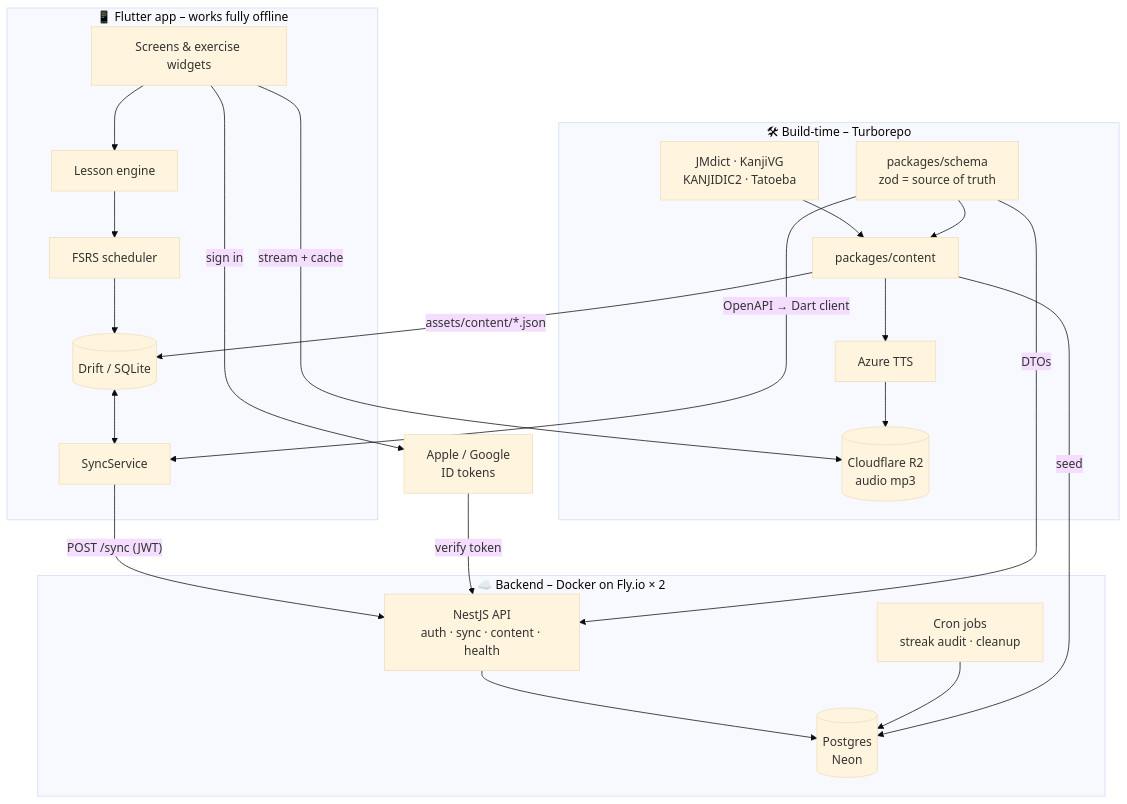
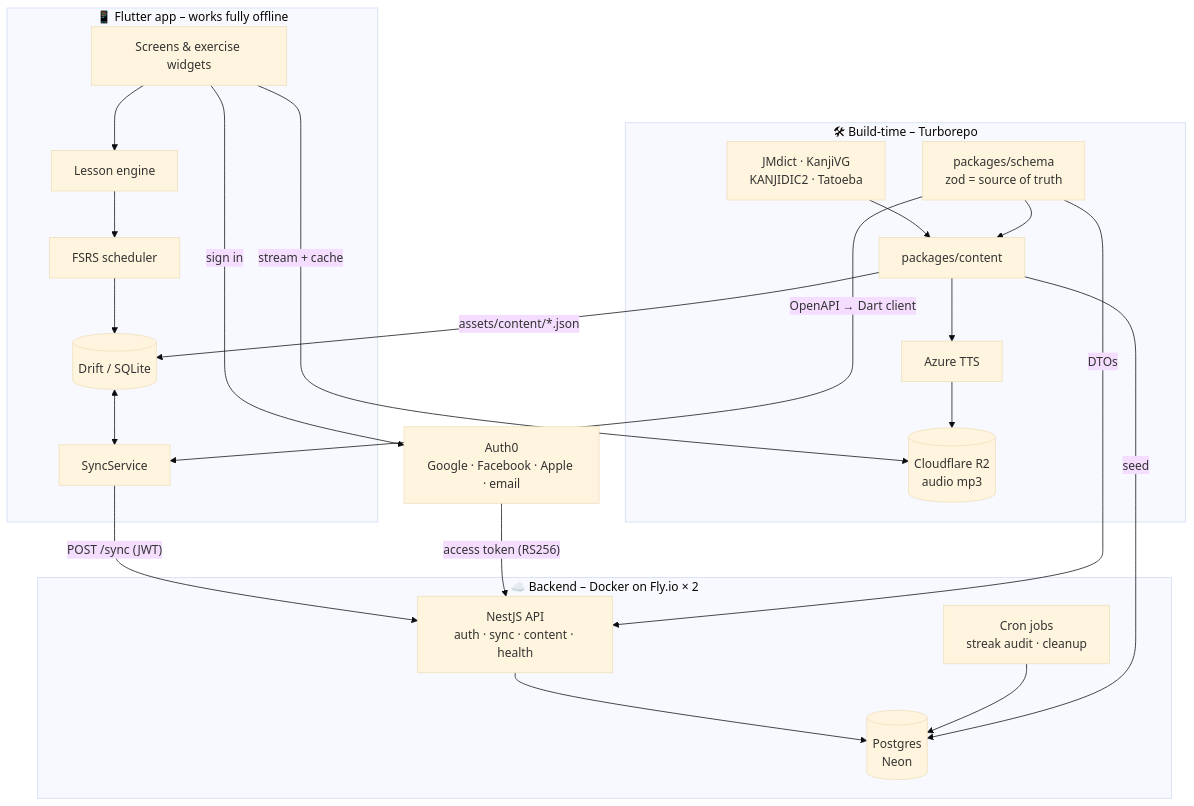
Before and after one commit to daze17/nihongo: the second of 6 diagrams in PLAN.md, drawn with Mermaid (base theme). The commit also changed other lines of this file and 191 other files, not shown here.

````diff
--- a/PLAN.md
+++ b/PLAN.md
@@ -73,40 +93,40 @@
 ```mermaid
 flowchart TB
     subgraph device[📱 Flutter app  –  works fully offline]
         UI[Screens & exercise widgets]
         ENG[Lesson engine]
         SRS[FSRS scheduler]
         DB[(Drift / SQLite)]
         SYNC[SyncService]
         UI --> ENG --> SRS --> DB
         DB <--> SYNC
     end
 
     subgraph cloud[☁️ Backend  –  Docker on Fly.io × 2]
         API[NestJS API<br/>auth · sync · content · health]
         CRON[Cron jobs<br/>streak audit · cleanup]
         API --> PG[(Postgres<br/>Neon)]
         CRON --> PG
     end
 
     R2[(Cloudflare R2<br/>audio mp3)]
-    APPLE[Apple / Google<br/>ID tokens]
+    APPLE[Auth0<br/>Google · Facebook · Apple · email]
 
     SYNC -- "POST /sync  (JWT)" --> API
     UI -- "stream + cache" --> R2
-    UI -- "sign in" --> APPLE -- "verify token" --> API
+    UI -- "sign in" --> APPLE -- "access token (RS256)" --> API
 
     subgraph build[🛠 Build-time  –  Turborepo]
         RAW[JMdict · KanjiVG<br/>KANJIDIC2 · Tatoeba]
         CONTENT[packages/content]
         SCHEMA[packages/schema<br/>zod = source of truth]
         TTS[Azure TTS]
         RAW --> CONTENT
         SCHEMA --> CONTENT
         CONTENT -- "assets/content/*.json" --> DB
         CONTENT -- "seed" --> PG
         CONTENT --> TTS --> R2
         SCHEMA -- "OpenAPI → Dart client" --> SYNC
         SCHEMA -- "DTOs" --> API
     end
 ```
````
